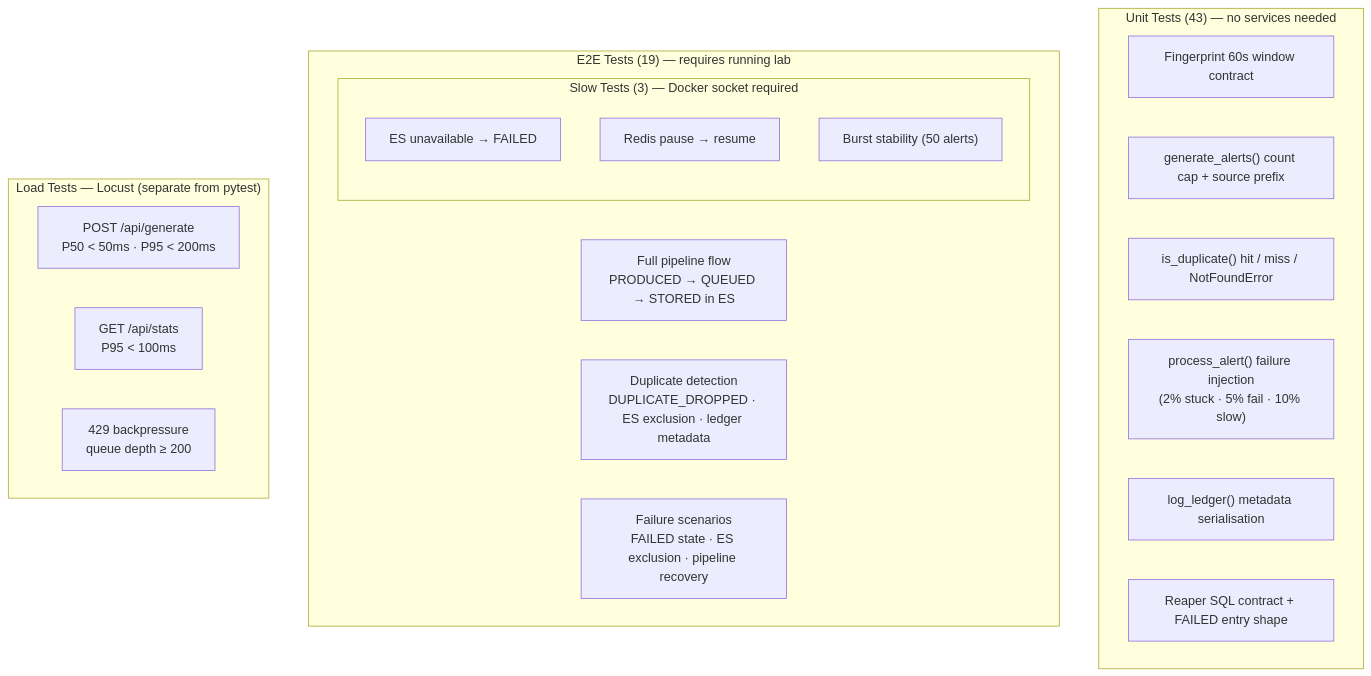
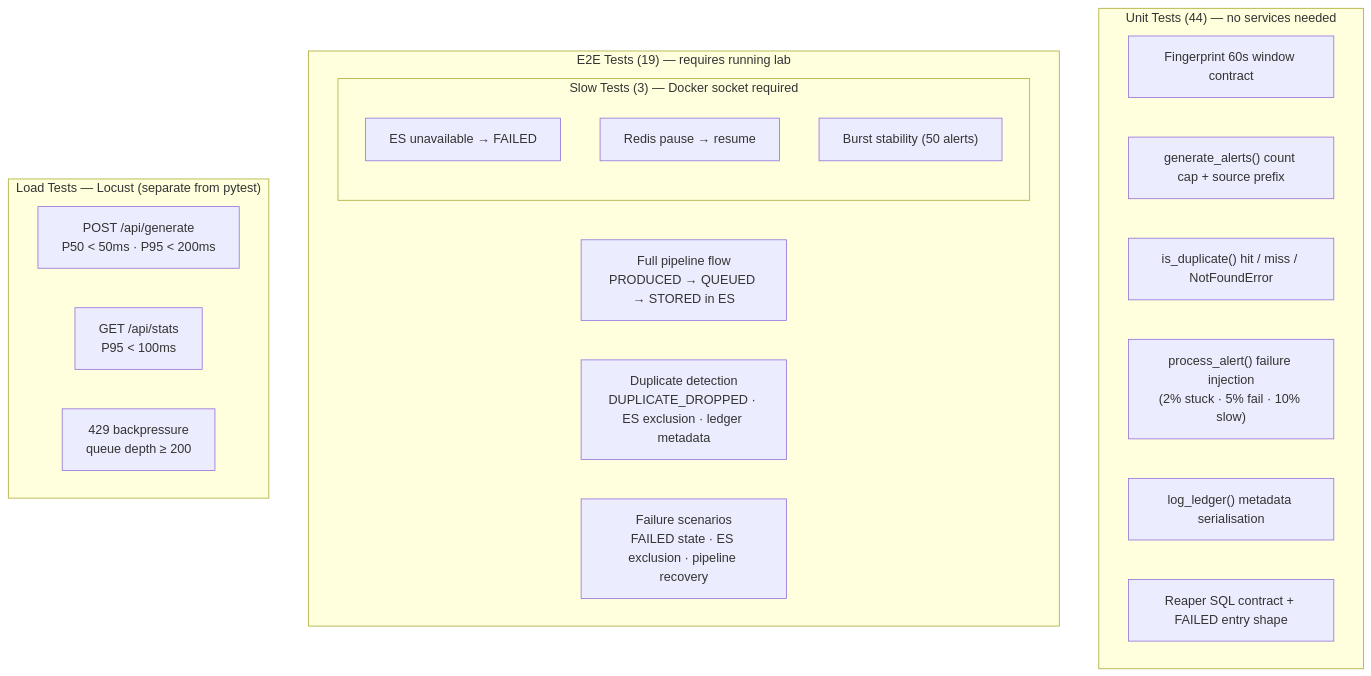
One commit to rahulgoel527/alert-pipeline-validation changed the third of 3 diagrams in README.md. Above: the diagram before and after it, drawn with Mermaid. The commit also changed other lines of this file and 2 other files, not shown here.

Commit message:
config: use profiles and env_file to eliminate duplicated config in docker-compose
App services (api, event_processor, event_generator, dashboard) now load
shared config from services/.env via env_file and override only the
Docker-internal hostnames inline. All four services get profiles: [pipeline]
so infra-only mode works with a plain `docker compose up -d`.

Update lab_setup.md Run section and README quick-start to use --profile pipeline.

````diff
--- a/README.md
+++ b/README.md
@@ -97,28 +97,28 @@
 ```mermaid
 flowchart TD
-    subgraph unit["Unit Tests (43) — no services needed"]
+    subgraph unit["Unit Tests (44) — no services needed"]
         U1["Fingerprint 60s window contract"]
         U2["generate_alerts() count cap + source prefix"]
         U3["is_duplicate() hit / miss / NotFoundError"]
         U4["process_alert() failure injection\n(2% stuck · 5% fail · 10% slow)"]
         U5["log_ledger() metadata serialisation"]
         U6["Reaper SQL contract + FAILED entry shape"]
     end
 
     subgraph e2e["E2E Tests (19) — requires running lab"]
         E1["Full pipeline flow\nPRODUCED → QUEUED → STORED in ES"]
         E2["Duplicate detection\nDUPLICATE_DROPPED · ES exclusion · ledger metadata"]
         E3["Failure scenarios\nFAILED state · ES exclusion · pipeline recovery"]
         subgraph slow["Slow Tests (3) — Docker socket required"]
             S1["ES unavailable → FAILED"]
             S2["Redis pause → resume"]
             S3["Burst stability (50 alerts)"]
         end
     end
 
     subgraph load["Load Tests — Locust (separate from pytest)"]
         L1["POST /api/generate\nP50 < 50ms · P95 < 200ms"]
         L2["GET /api/stats\nP95 < 100ms"]
         L3["429 backpressure\nqueue depth ≥ 200"]
     end
 ```
````
